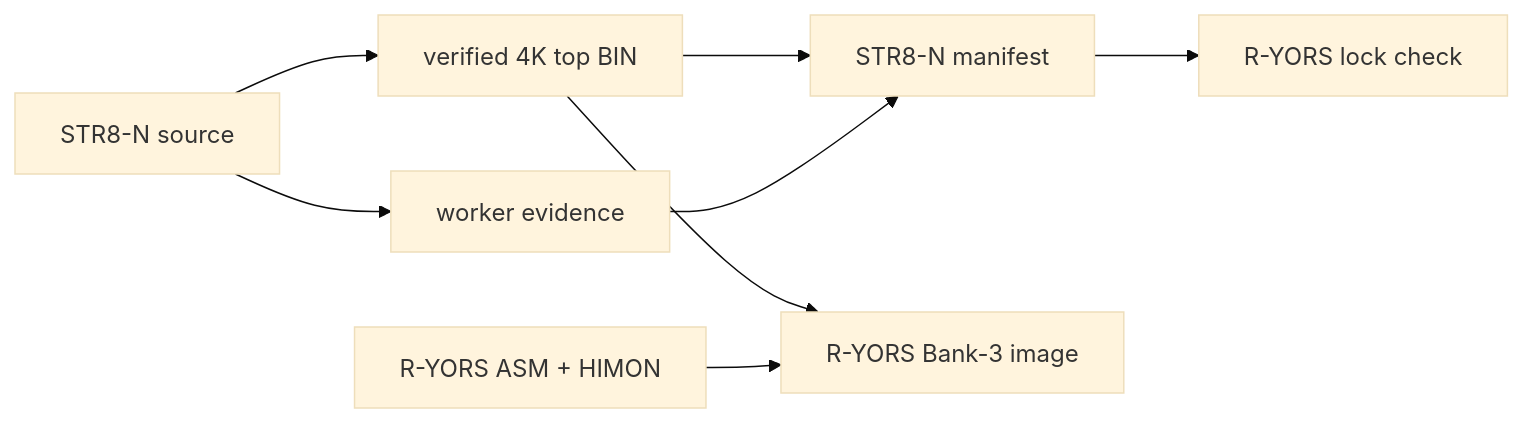
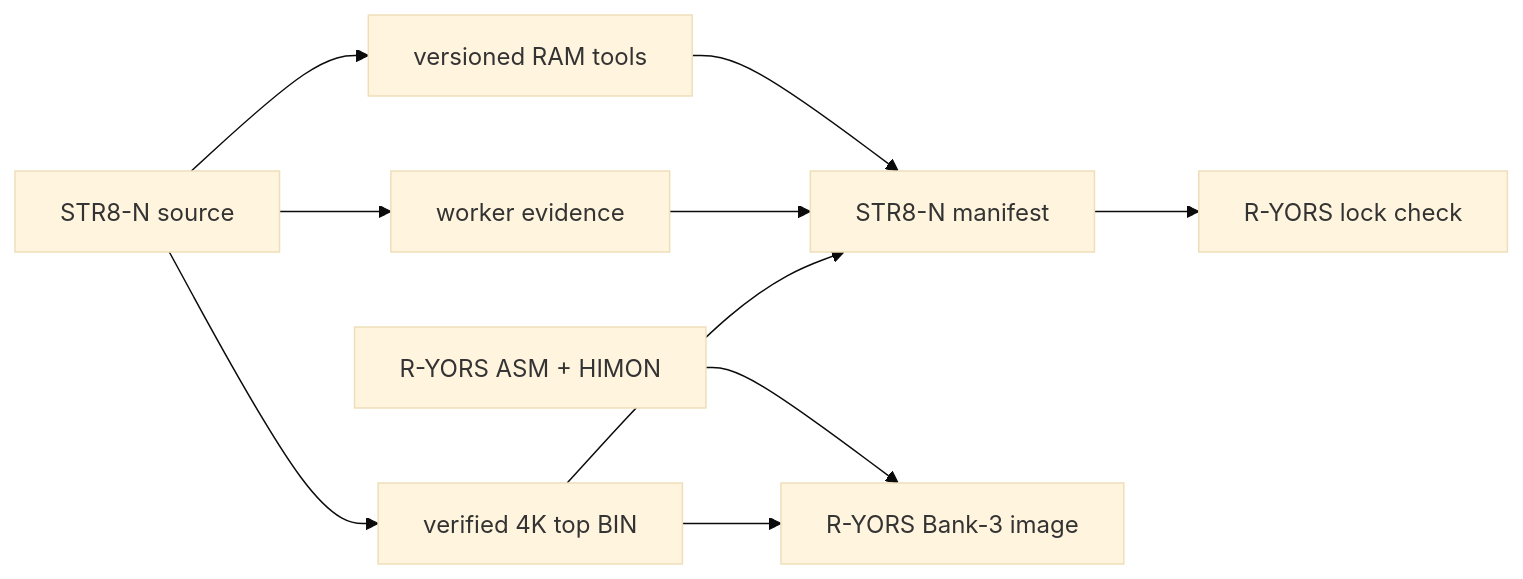
One commit to 95westus/STR8-N changed the diagram in docs/R_YORS_INTEGRATION.md. Above: the diagram before and after it, drawn with Mermaid (base theme). The commit also changed other lines of this file and 8 other files, not shown here.

````diff
--- a/docs/R_YORS_INTEGRATION.md
+++ b/docs/R_YORS_INTEGRATION.md
@@ -40,10 +48,12 @@
 ```mermaid
 flowchart LR
     S[STR8-N source] --> B[verified 4K top BIN]
     S --> W[worker evidence]
+    S --> T[versioned RAM tools]
     B --> M[STR8-N manifest]
     W --> M
+    T --> M
     M --> LOCK[R-YORS lock check]
     B --> BANK3[R-YORS Bank-3 image]
     RY[R-YORS ASM + HIMON] --> BANK3
 ```
````
